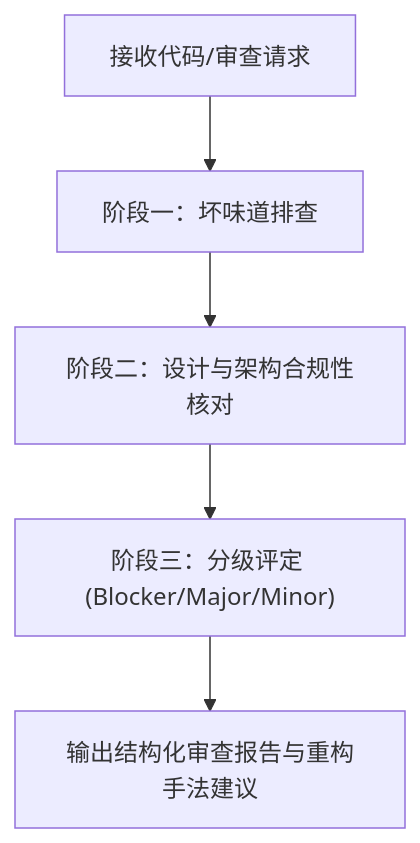
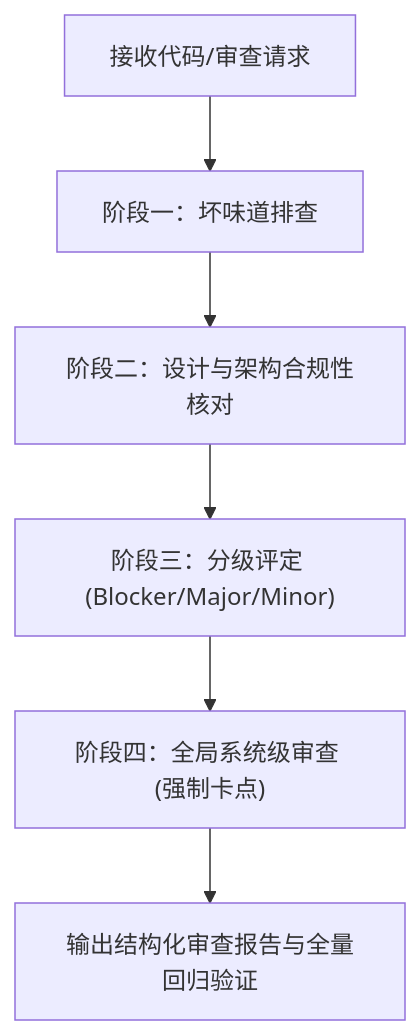
The diagram in .agents/skills/code-review/SKILL.md (lilucpp/code-craft), drawn with Mermaid before and after one commit. The commit also changed other lines of this file and 2 other files, not shown here.

````diff
--- a/.agents/skills/code-review/SKILL.md
+++ b/.agents/skills/code-review/SKILL.md
@@ -19,7 +19,8 @@
 ```mermaid
 flowchart TD
     A["接收代码/审查请求"] --> B["阶段一：坏味道排查"]
     B --> C["阶段二：设计与架构合规性核对"]
     C --> D["阶段三：分级评定 (Blocker/Major/Minor)"]
-    D --> E["输出结构化审查报告与重构手法建议"]
+    D --> E["阶段四：全局系统级审查 (强制卡点)"]
+    E --> F["输出结构化审查报告与全量回归验证"]
 ```
````
